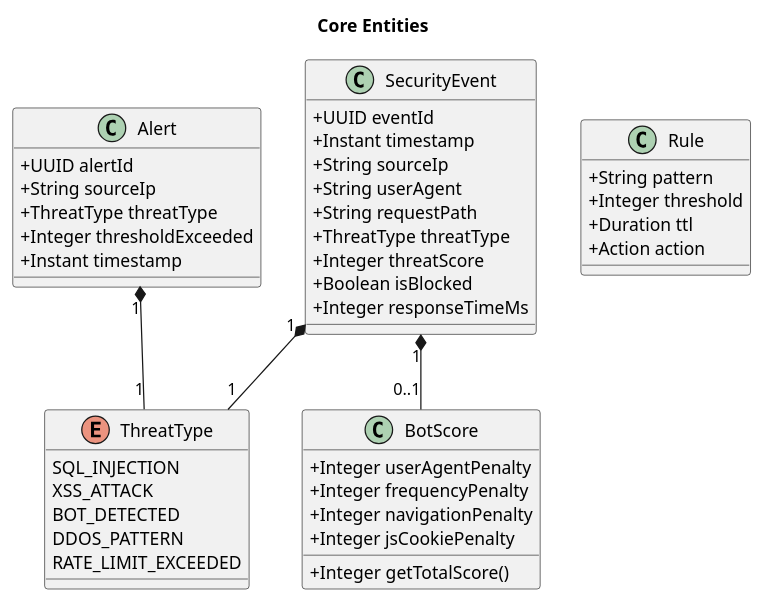
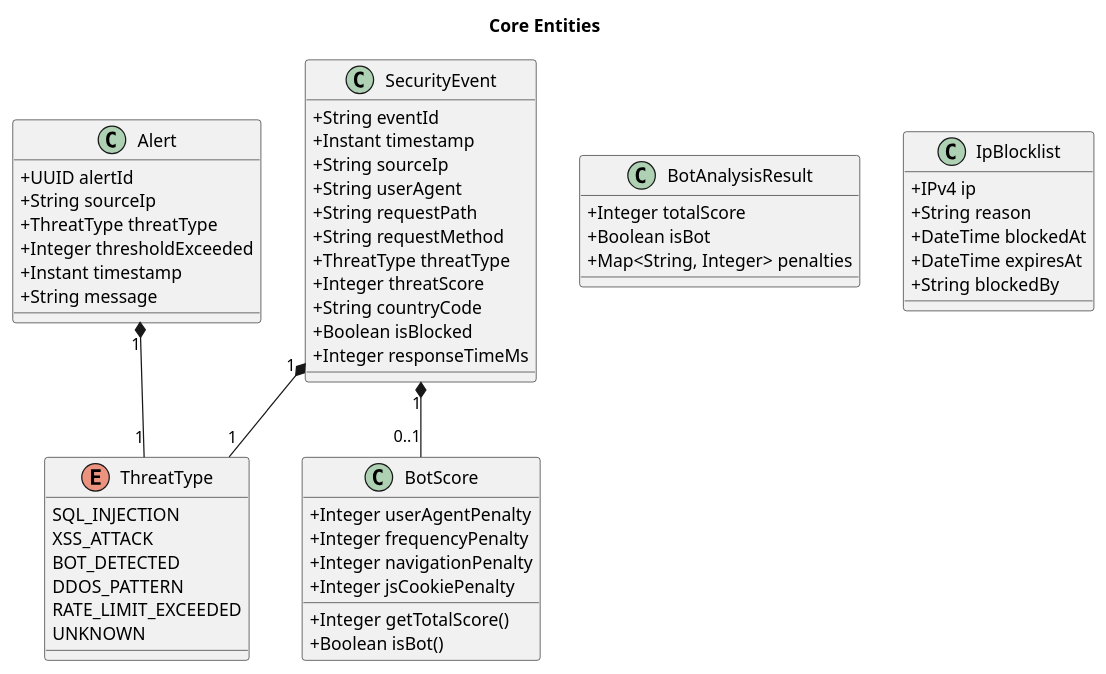
One commit to Sasakin/WafWall changed the second of 8 diagrams in design.md. Above: the diagram before and after it, drawn with PlantUML. The commit also changed other lines of this file and 35 other files, not shown here.

````diff
--- a/design.md
+++ b/design.md
@@ -91,53 +103,65 @@
 ```plantuml
 @startuml Entities
 title Core Entities
 skinparam classAttributeIconSize 0
 
 class SecurityEvent {
-  +UUID eventId
+  +String eventId
   +Instant timestamp
   +String sourceIp
   +String userAgent
   +String requestPath
+  +String requestMethod
   +ThreatType threatType
   +Integer threatScore
+  +String countryCode
   +Boolean isBlocked
   +Integer responseTimeMs
 }
 
 enum ThreatType {
   SQL_INJECTION
   XSS_ATTACK
   BOT_DETECTED
   DDOS_PATTERN
   RATE_LIMIT_EXCEEDED
+  UNKNOWN
 }
 
 class BotScore {
   +Integer userAgentPenalty
   +Integer frequencyPenalty
   +Integer navigationPenalty
   +Integer jsCookiePenalty
   +Integer getTotalScore()
+  +Boolean isBot()
+}
+
+class BotAnalysisResult {
+  +Integer totalScore
+  +Boolean isBot
+  +Map<String, Integer> penalties
 }
 
 class Alert {
   +UUID alertId
   +String sourceIp
   +ThreatType threatType
   +Integer thresholdExceeded
   +Instant timestamp
+  +String message
 }
 
-class Rule {
-  +String pattern
-  +Integer threshold
-  +Duration ttl
-  +Action action
+class IpBlocklist {
+  +IPv4 ip
+  +String reason
+  +DateTime blockedAt
+  +DateTime expiresAt
+  +String blockedBy
 }
 
 SecurityEvent "1" *-- "1" ThreatType
 SecurityEvent "1" *-- "0..1" BotScore
 Alert "1" *-- "1" ThreatType
 @enduml
 ```
````
